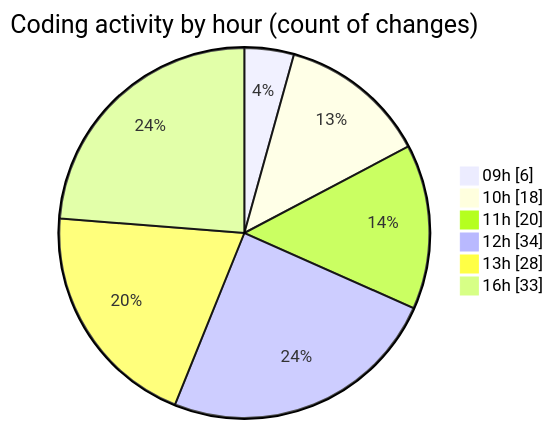
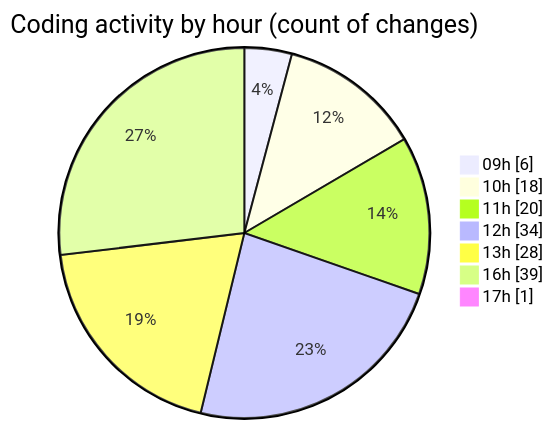
One commit to momahboobian/code-tracking changed the second of 2 diagrams in 2025-06-20/cda/README.md. Above: the diagram before and after it, drawn with Mermaid. The commit also changed other lines of this file and 1 other file, not shown here.

````diff
--- a/2025-06-20/cda/README.md
+++ b/2025-06-20/cda/README.md
@@ -54,10 +54,11 @@
 ```mermaid
 pie showData
 title Coding activity by hour (count of changes)
 "09h" : 6
 "10h" : 18
 "11h" : 20
 "12h" : 34
 "13h" : 28
-"16h" : 33
+"16h" : 39
+"17h" : 1
 ```
````
